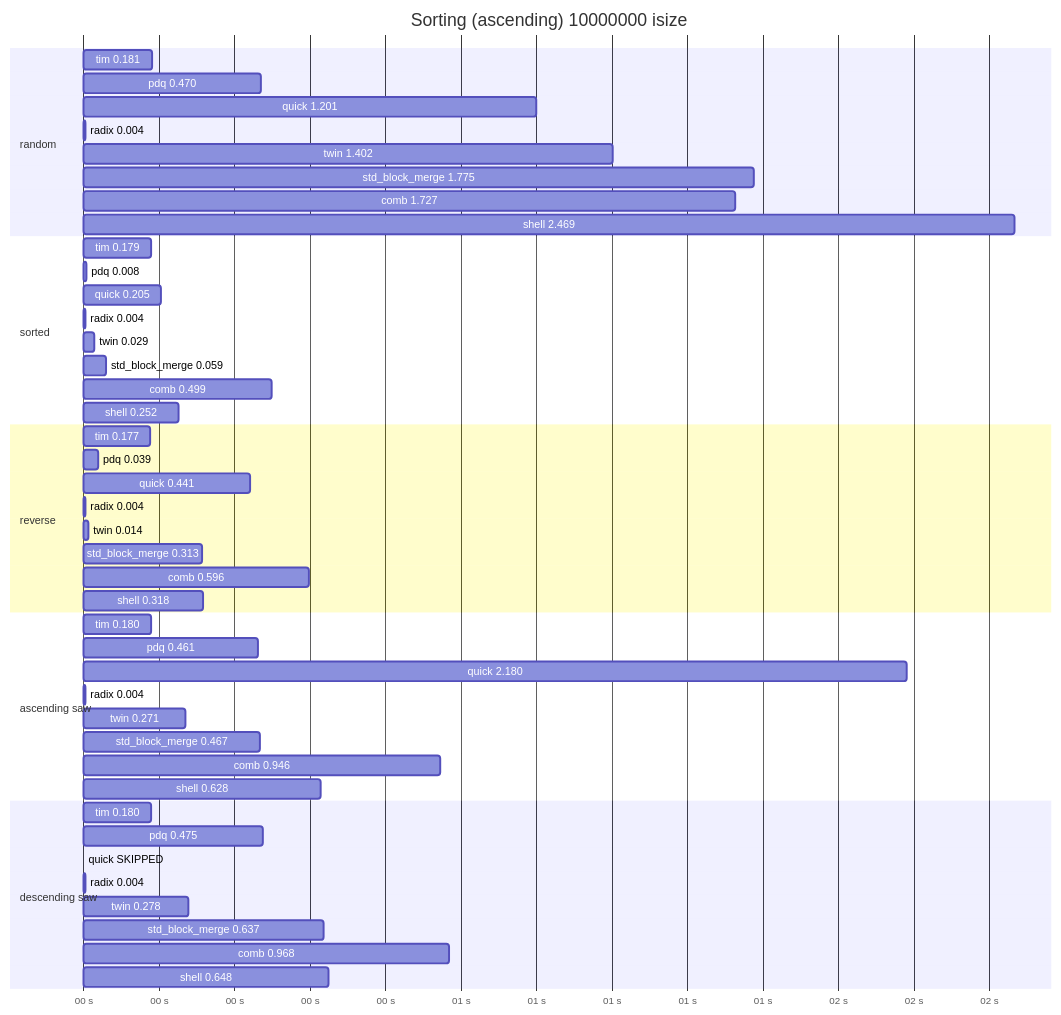
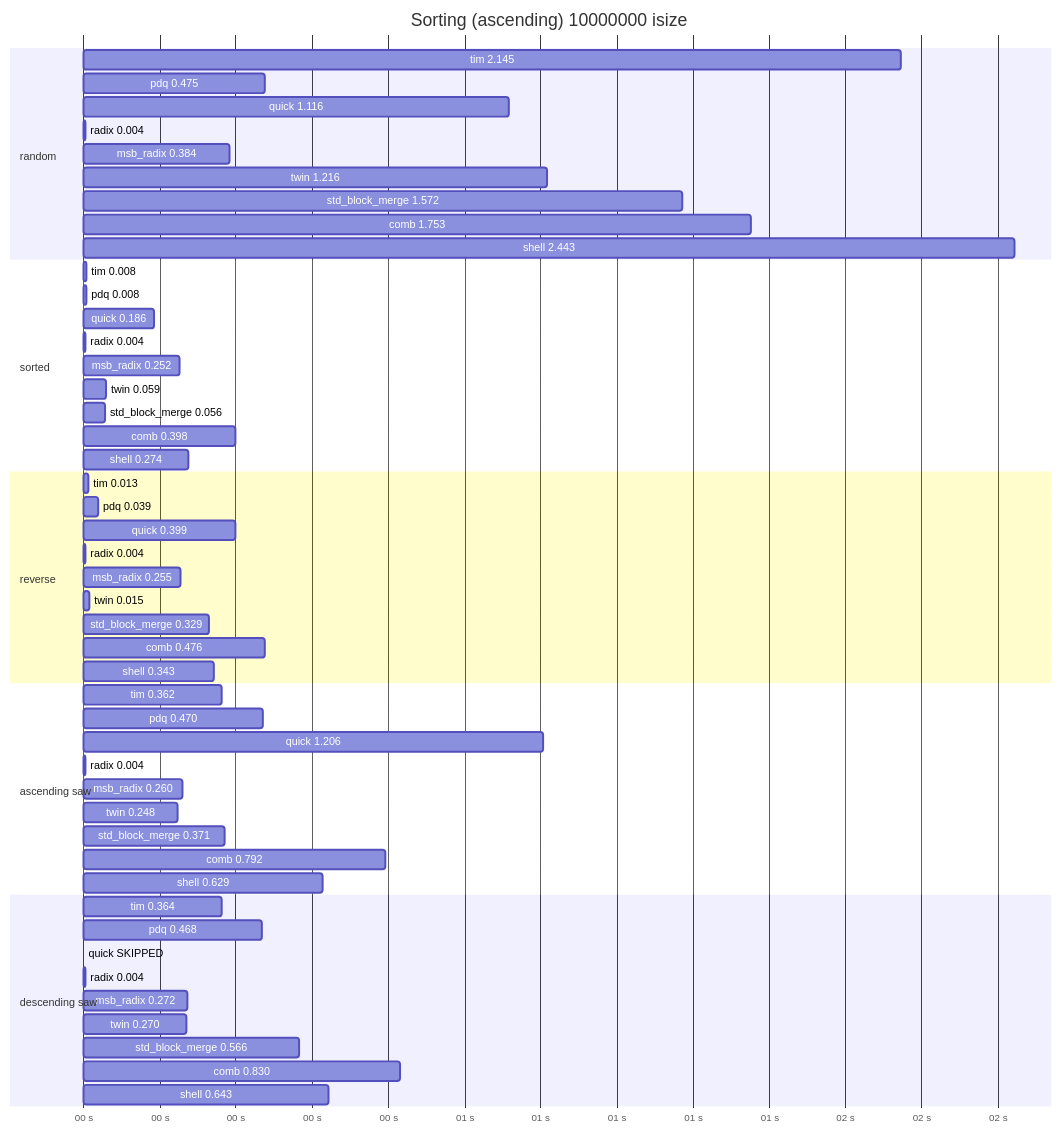
Before and after one commit to alichraghi/zort: the fourth of 4 diagrams in README.md, drawn with Mermaid. The commit also changed other lines of this file, not shown here.

````diff
--- a/README.md
+++ b/README.md
@@ -200,51 +215,56 @@
 ```mermaid
 gantt
     title Sorting (ascending) 10000000 isize
     dateFormat x
     axisFormat %S s
     section random
-    tim 0.181: 0,181
+    tim 2.145: 0,2145
+    pdq 0.475: 0,475
+    quick 1.116: 0,1116
+    radix 0.004: 0,4
+    msb_radix 0.384: 0,384
+    twin 1.216: 0,1216
+    std_block_merge 1.572: 0,1572
+    comb 1.753: 0,1753
+    shell 2.443: 0,2444
+    section sorted
+    tim 0.008: 0,8
+    pdq 0.008: 0,8
+    quick 0.186: 0,186
+    radix 0.004: 0,4
+    msb_radix 0.252: 0,252
+    twin 0.059: 0,59
+    std_block_merge 0.056: 0,56
+    comb 0.398: 0,398
+    shell 0.274: 0,274
+    section reverse
+    tim 0.013: 0,13
+    pdq 0.039: 0,39
+    quick 0.399: 0,399
+    radix 0.004: 0,4
+    msb_radix 0.255: 0,255
+    twin 0.015: 0,15
+    std_block_merge 0.329: 0,329
+    comb 0.476: 0,476
+    shell 0.343: 0,343
+    section ascending saw
+    tim 0.362: 0,362
     pdq 0.470: 0,470
-    quick 1.201: 0,1201
+    quick 1.206: 0,1206
     radix 0.004: 0,4
-    twin 1.402: 0,1402
-    std_block_merge 1.775: 0,1775
-    comb 1.727: 0,1727
-    shell 2.469: 0,2467
-    section sorted
-    tim 0.179: 0,179
-    pdq 0.008: 0,8
-    quick 0.205: 0,205
-    radix 0.004: 0,4
-    twin 0.029: 0,29
-    std_block_merge 0.059: 0,59
-    comb 0.499: 0,499
-    shell 0.252: 0,252
-    section reverse
-    tim 0.177: 0,177
-    pdq 0.039: 0,39
-    quick 0.441: 0,441
-    radix 0.004: 0,4
-    twin 0.014: 0,14
-    std_block_merge 0.313: 0,313
-    comb 0.596: 0,596
-    shell 0.318: 0,318
-    section ascending saw
-    tim 0.180: 0,180
-    pdq 0.461: 0,461
-    quick 2.180: 0,2181
-    radix 0.004: 0,4
-    twin 0.271: 0,271
-    std_block_merge 0.467: 0,467
-    comb 0.946: 0,946
-    shell 0.628: 0,628
+    msb_radix 0.260: 0,260
+    twin 0.248: 0,248
+    std_block_merge 0.371: 0,371
+    comb 0.792: 0,792
+    shell 0.629: 0,629
     section descending saw
-    tim 0.180: 0,180
-    pdq 0.475: 0,475
+    tim 0.364: 0,364
+    pdq 0.468: 0,468
     quick SKIPPED: 0
     radix 0.004: 0,4
-    twin 0.278: 0,278
-    std_block_merge 0.637: 0,637
-    comb 0.968: 0,968
-    shell 0.648: 0,648
+    msb_radix 0.272: 0,272
+    twin 0.270: 0,270
+    std_block_merge 0.566: 0,566
+    comb 0.830: 0,830
+    shell 0.643: 0,643
 ```
````
